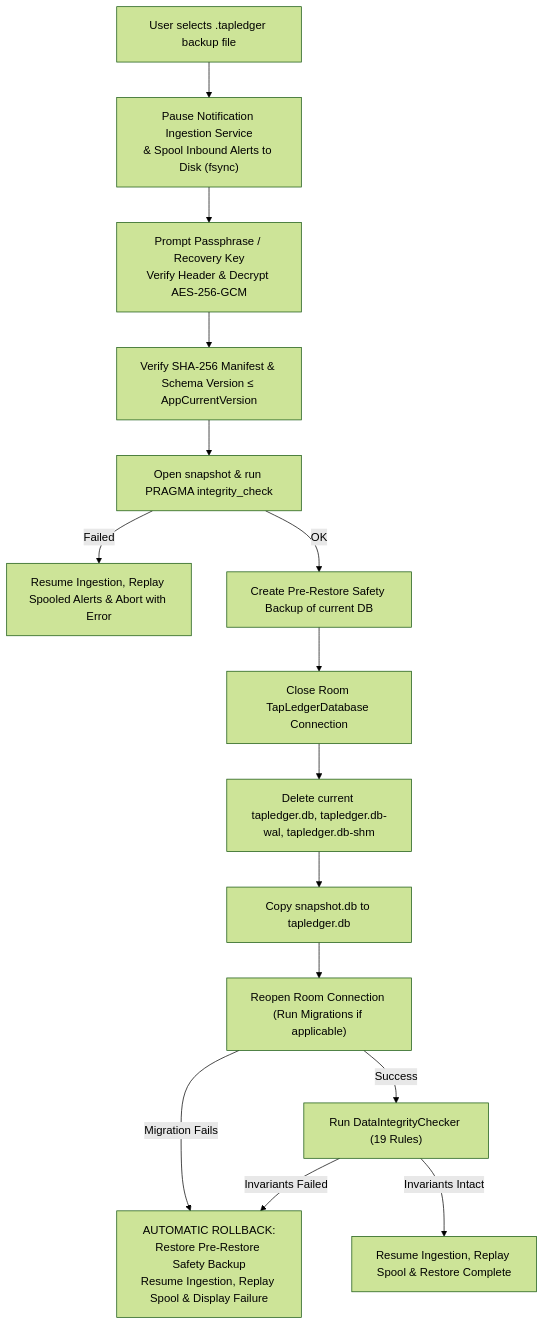
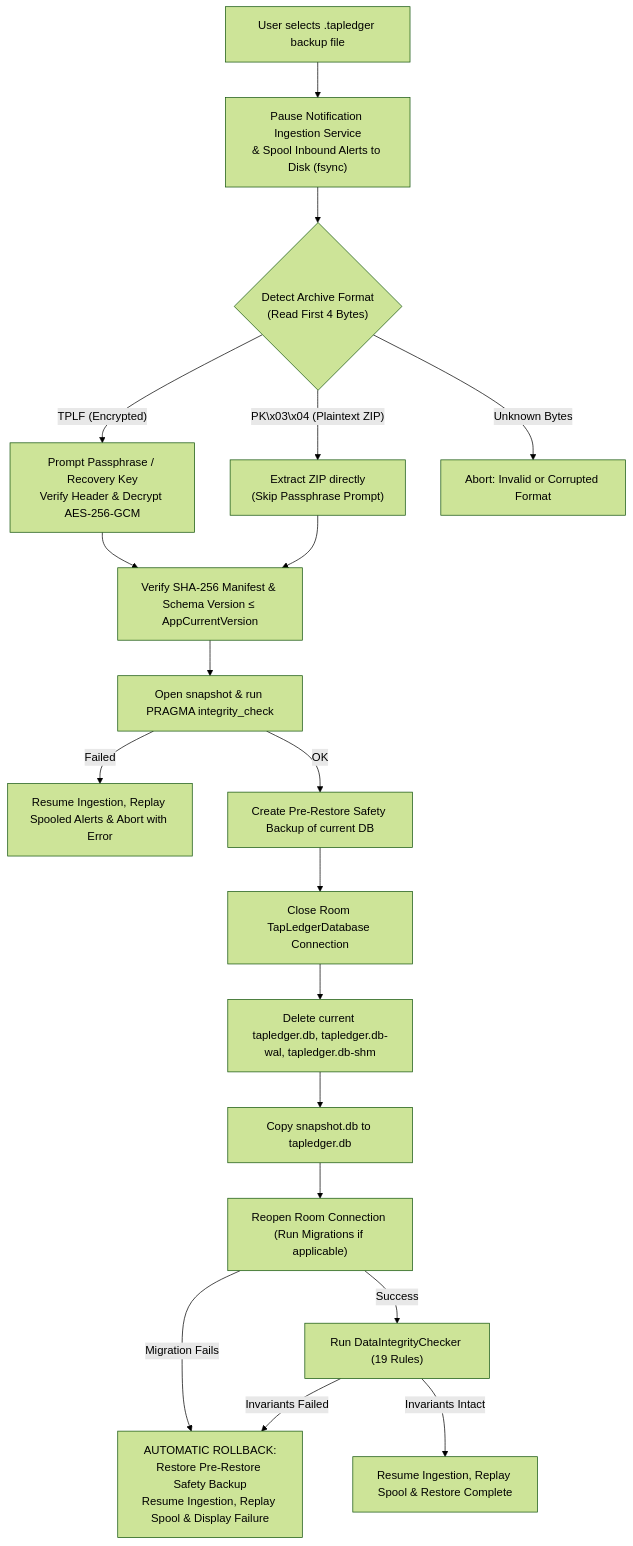
Before and after one commit to Ganesh1110/Tap_Ledger: the sixth of 7 diagrams in Flow.md, drawn with Mermaid (forest theme). The commit also changed other lines of this file and 9 other files, not shown here.

````diff
--- a/Flow.md
+++ b/Flow.md
@@ -691,20 +698,24 @@
 ```mermaid
 flowchart TD
     A["User selects .tapledger backup file"] --> B["Pause Notification Ingestion Service\n& Spool Inbound Alerts to Disk (fsync)"]
-    B --> C["Prompt Passphrase / Recovery Key\nVerify Header & Decrypt AES-256-GCM"]
+    B --> C_magic{"Detect Archive Format\n(Read First 4 Bytes)"}
+    C_magic -- "TPLF (Encrypted)" --> C["Prompt Passphrase / Recovery Key\nVerify Header & Decrypt AES-256-GCM"]
+    C_magic -- "PK\x03\x04 (Plaintext ZIP)" --> D_zip["Extract ZIP directly\n(Skip Passphrase Prompt)"]
+    C_magic -- "Unknown Bytes" --> F_bad["Abort: Invalid or Corrupted Format"]
     C --> D["Verify SHA-256 Manifest & Schema Version ≤ AppCurrentVersion"]
+    D_zip --> D
     D --> E["Open snapshot & run PRAGMA integrity_check"]
     E -- Failed --> F["Resume Ingestion, Replay Spooled Alerts & Abort with Error"]
     E -- OK --> G["Create Pre-Restore Safety Backup of current DB"]
 
     G --> H["Close Room TapLedgerDatabase Connection"]
     H --> I["Delete current tapledger.db, tapledger.db-wal, tapledger.db-shm"]
     I --> J["Copy snapshot.db to tapledger.db"]
     J --> K["Reopen Room Connection (Run Migrations if applicable)"]
 
     K -- Migration Fails --> L["AUTOMATIC ROLLBACK:\nRestore Pre-Restore Safety Backup\nResume Ingestion, Replay Spool & Display Failure"]
     K -- Success --> M["Run DataIntegrityChecker (19 Rules)"]
 
     M -- Invariants Intact --> N["Resume Ingestion, Replay Spool & Restore Complete"]
     M -- Invariants Failed --> L
 ```
````
